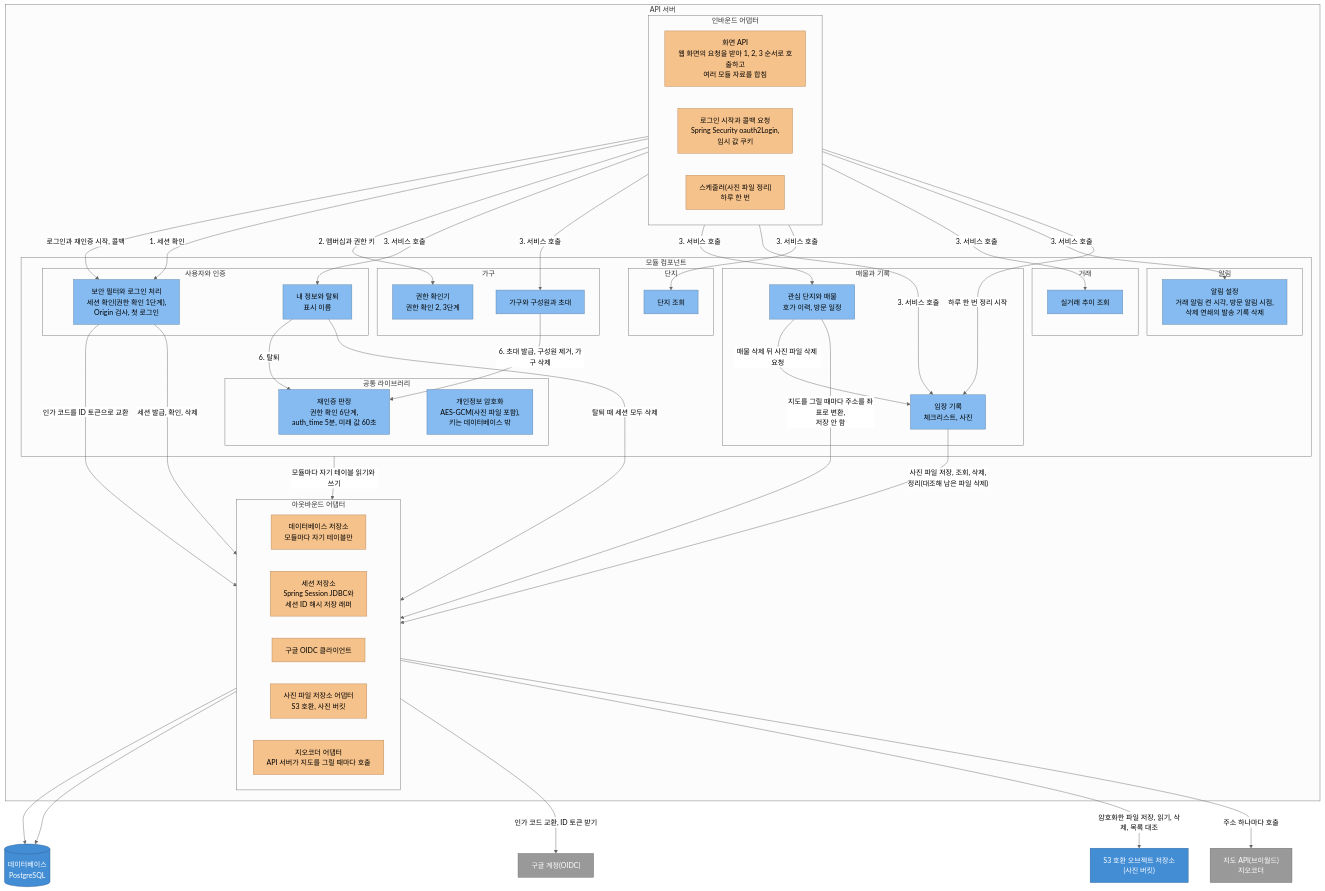
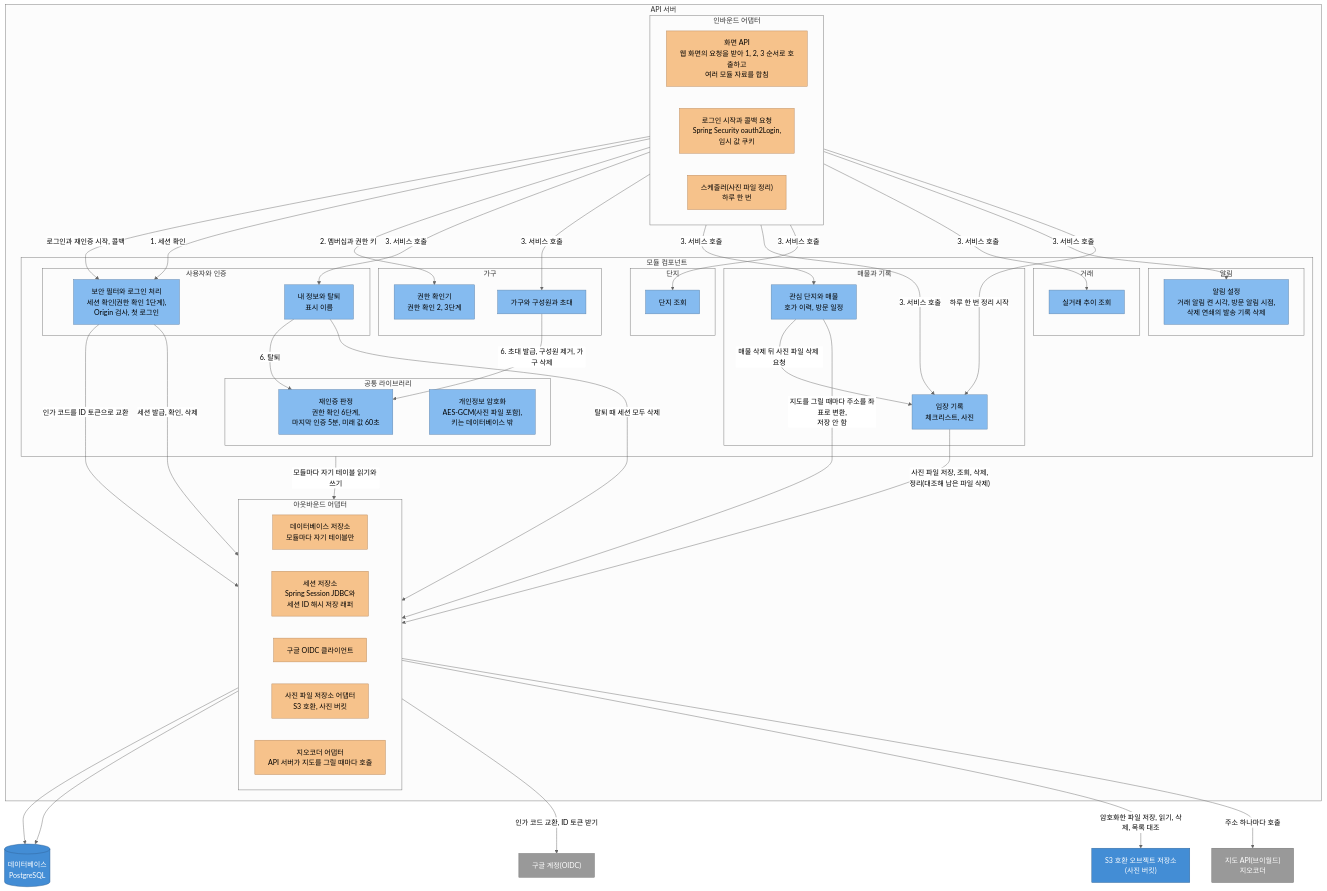
Before and after one commit to Park-Seung-Hun/real-estate: the first of 3 diagrams in docs/architecture/c4-component.md, drawn with Mermaid (neutral theme). The commit also changed other lines of this file and 6 other files, not shown here.

```diff
--- a/docs/architecture/c4-component.md
+++ b/docs/architecture/c4-component.md
@@ -114,7 +114,7 @@
         notiSet["알림 설정<br/>거래 알림 켠 시각, 방문 알림 시점,<br/>삭제 연쇄의 발송 기록 삭제"]
       end
       subgraph mCommon["공통 라이브러리"]
-        reauth["재인증 판정<br/>권한 확인 6단계,<br/>auth_time 5분, 미래 값 60초"]
+        reauth["재인증 판정<br/>권한 확인 6단계,<br/>마지막 인증 5분, 미래 값 60초"]
         crypto["개인정보 암호화<br/>AES-GCM(사진 파일 포함),<br/>키는 데이터베이스 밖"]
       end
     end
```
